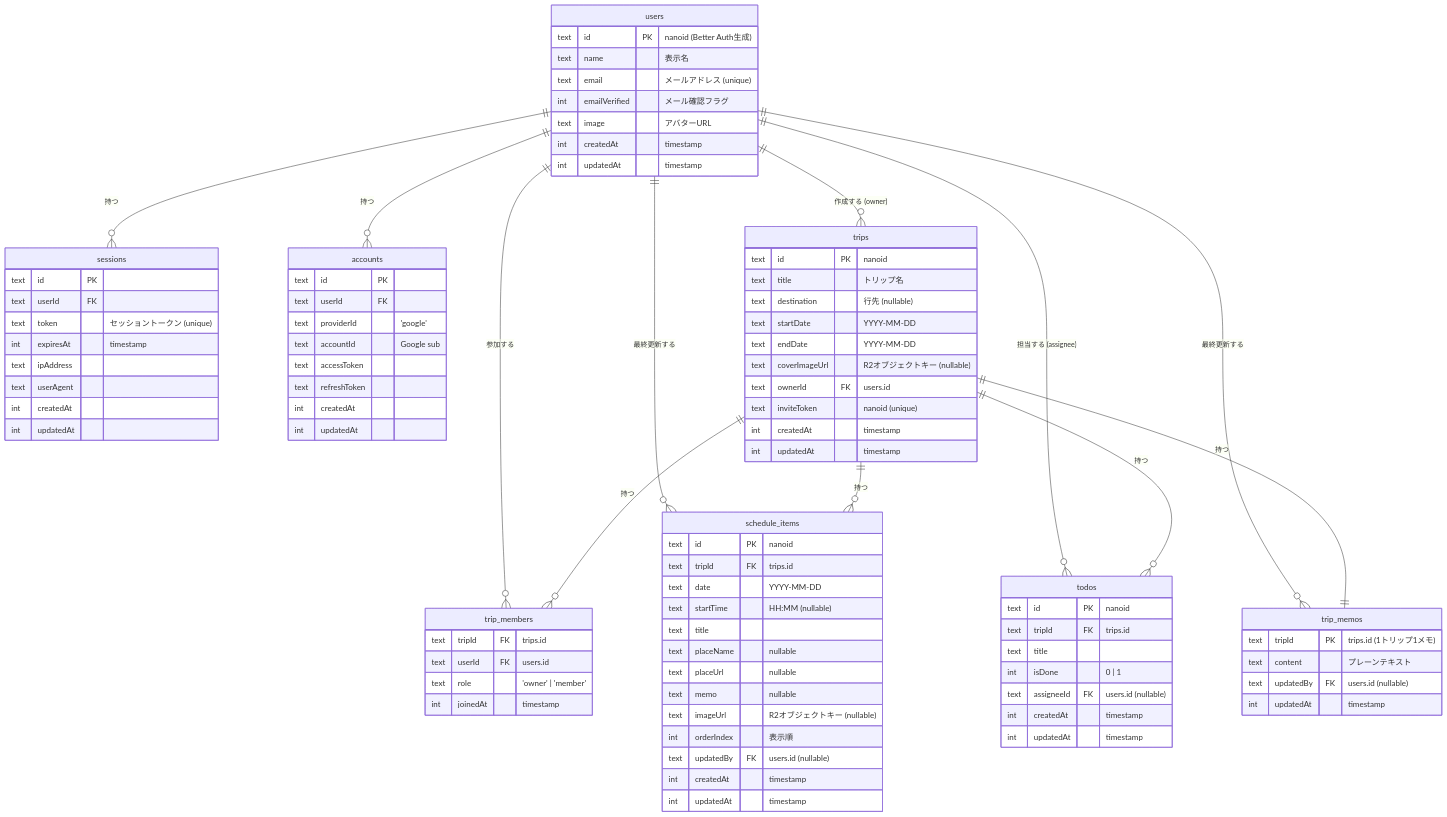
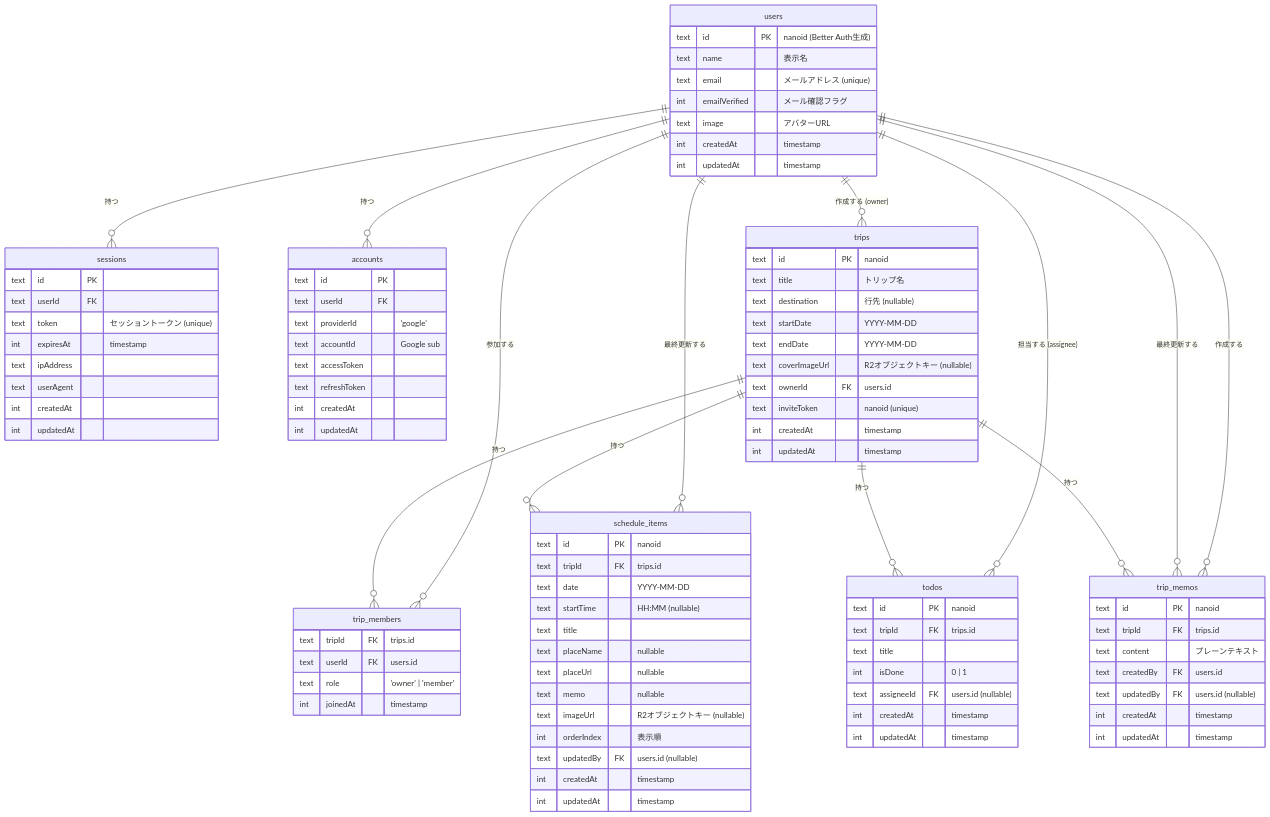
One commit to narith-minami/trip-app changed the second of 2 diagrams in packages/trip-app/docs/DOMAIN_ER.md. Above: the diagram before and after it, drawn with Mermaid. The commit also changed other lines of this file and 24 other files, not shown here.

````diff
--- a/packages/trip-app/docs/DOMAIN_ER.md
+++ b/packages/trip-app/docs/DOMAIN_ER.md
@@ -138,9 +138,12 @@
   }
 
   trip_memos {
-    text    tripId       PK  "trips.id (1トリップ1メモ)"
+    text    id           PK  "nanoid"
+    text    tripId       FK  "trips.id"
     text    content          "プレーンテキスト"
+    text    createdBy    FK  "users.id"
     text    updatedBy    FK  "users.id (nullable)"
+    int     createdAt        "timestamp"
     int     updatedAt        "timestamp"
   }
 
@@ -151,10 +154,11 @@
   users       ||--o{ trip_members   : "参加する"
   users       ||--o{ todos          : "担当する (assignee)"
   users       ||--o{ schedule_items : "最終更新する"
+  users       ||--o{ trip_memos     : "作成する"
   users       ||--o{ trip_memos     : "最終更新する"
 
   trips       ||--o{ trip_members   : "持つ"
   trips       ||--o{ schedule_items : "持つ"
   trips       ||--o{ todos          : "持つ"
-  trips       ||--|| trip_memos     : "持つ"
+  trips       ||--o{ trip_memos     : "持つ"
 ```
````
